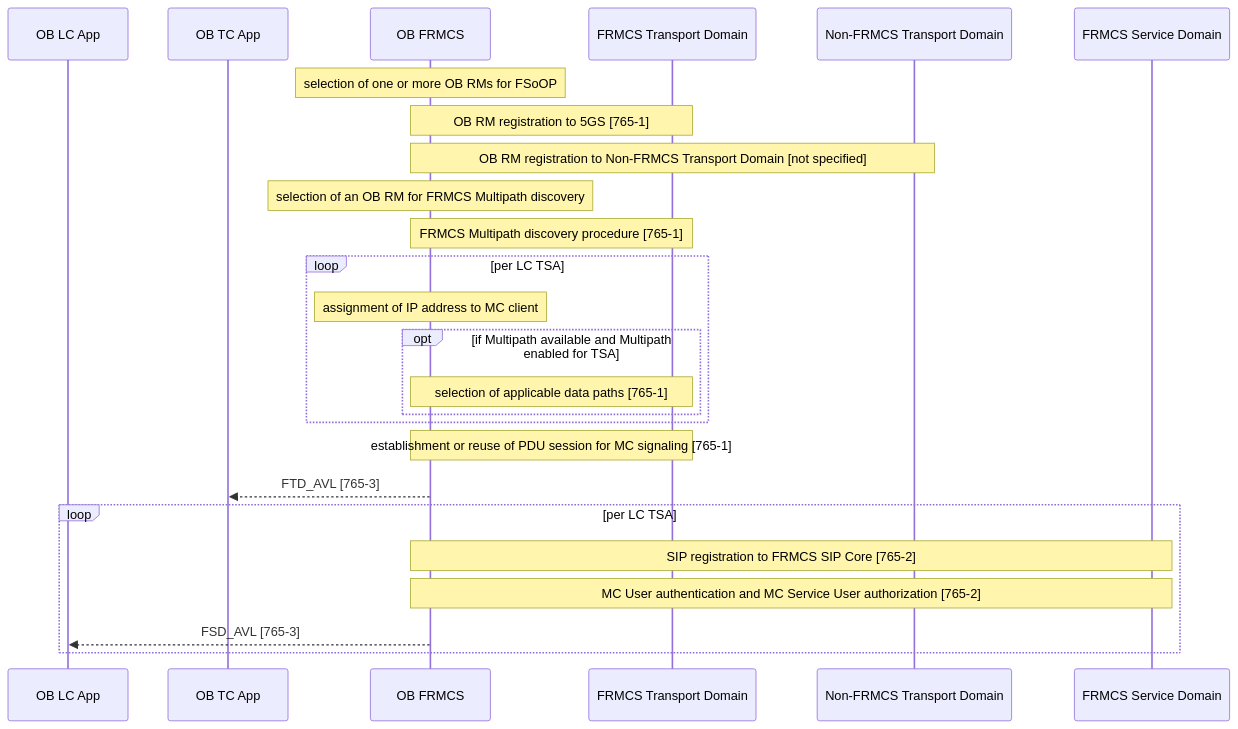
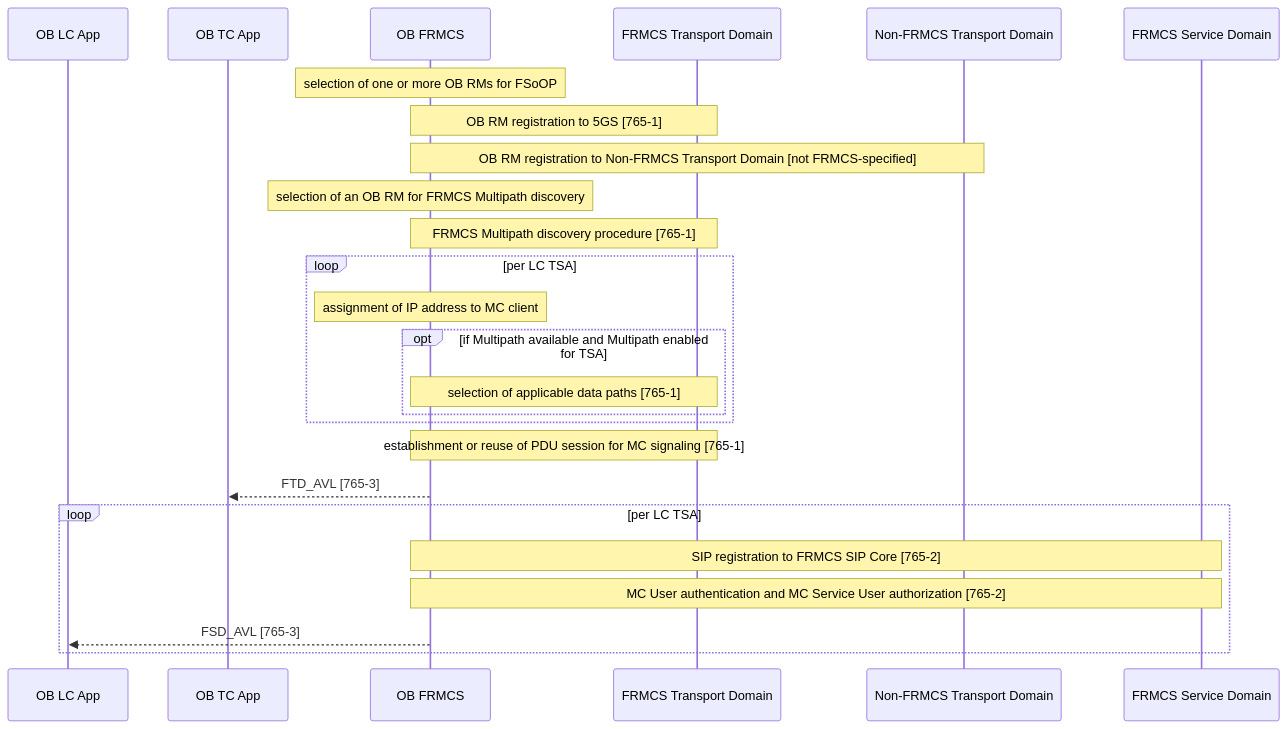
The first of 2 diagrams in E2EProcedures/README.md (UICrail/FRMCSSandbox), drawn with Mermaid before and after one commit. The commit also changed other lines of this file, not shown here.

Commit message:
README.md - corrected missing references and Non-FRMCS TD reg.

````diff
--- a/E2EProcedures/README.md
+++ b/E2EProcedures/README.md
@@ -7,34 +7,34 @@
 ```mermaid
 
 sequenceDiagram
 participant AL as OB LC App
 participant AT as OB TC App
 participant O as OB FRMCS
 participant FTD as FRMCS Transport Domain
 participant NFTD as Non-FRMCS Transport Domain
 participant FSD as FRMCS Service Domain
 
 Note over O: selection of one or more OB RMs for FSoOP
 Note over O, FTD: OB RM registration to 5GS [765-1]
-Note over O, NFTD: OB RM registration to Non-FRMCS Transport Domain [not specified]
+Note over O, NFTD: OB RM registration to Non-FRMCS Transport Domain [not FRMCS-specified]
 
 Note over O: selection of an OB RM for FRMCS Multipath discovery
 Note over O, FTD: FRMCS Multipath discovery procedure [765-1]
 
 loop per LC TSA
   Note over O: assignment of IP address to MC client
   opt if Multipath available and Multipath enabled for TSA
     Note over O, FTD: selection of applicable data paths [765-1]
   end
 end
 
 Note over O, FTD: establishment or reuse of PDU session for MC signaling [765-1]
 O -->> AT:  FTD_AVL  [765-3]
 
 loop per LC TSA
   Note over O, FSD: SIP registration to FRMCS SIP Core [765-2]
   Note over O, FSD: MC User authentication and MC Service User authorization [765-2]
   O -->> AL:  FSD_AVL [765-3]
 end
 
 ```
````
